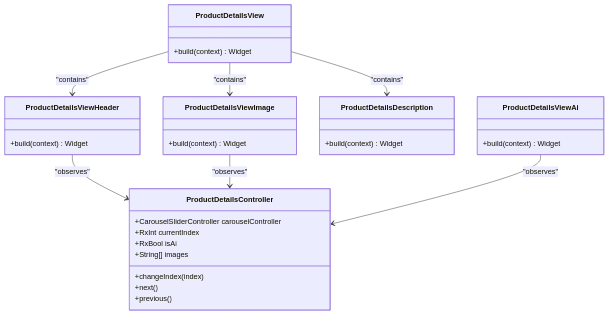
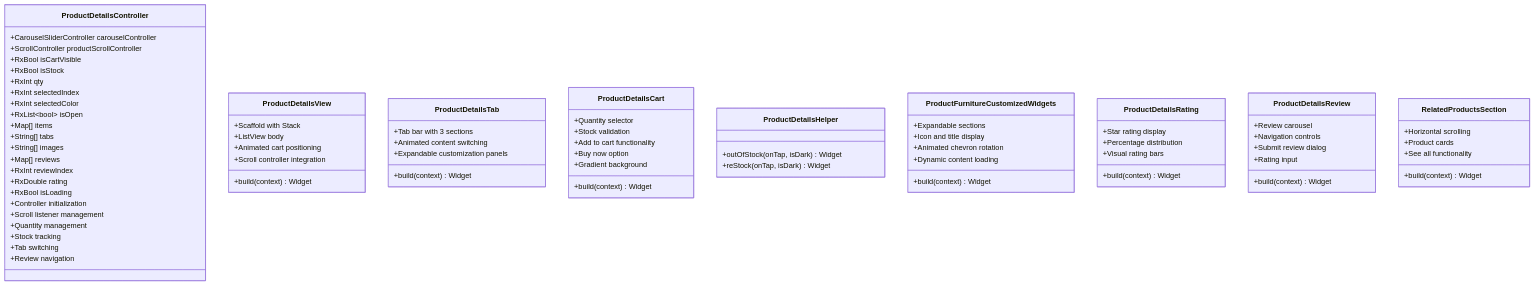
One commit to Ariful3111/FurniGo changed the second of 6 diagrams in .qoder/repowiki/en/content/Core Features/E-commerce Platform/Product Details and Information.md. Above: the diagram before and after it, drawn with Mermaid. The commit also changed other lines of this file and 11 other files, not shown here.

````diff
--- a/.qoder/repowiki/en/content/Core Features/E-commerce Platform/Product Details and Information.md
+++ b/.qoder/repowiki/en/content/Core Features/E-commerce Platform/Product Details and Information.md
@@ -119,33 +153,77 @@
 ```mermaid
 classDiagram
 class ProductDetailsController {
 +CarouselSliderController carouselController
-+RxInt currentIndex
-+RxBool isAi
++ScrollController productScrollController
++RxBool isCartVisible
++RxBool isStock
++RxInt qty
++RxInt selectedIndex
++RxInt selectedColor
++RxList~bool~ isOpen
++Map[] items
++String[] tabs
 +String[] images
-+changeIndex(index)
-+next()
-+previous()
++Map[] reviews
++RxInt reviewIndex
++RxDouble rating
++RxBool isLoading
++Controller initialization
++Scroll listener management
++Quantity management
++Stock tracking
++Tab switching
++Review navigation
 }
 class ProductDetailsView {
 +build(context) Widget
++Scaffold with Stack
++ListView body
++Animated cart positioning
++Scroll controller integration
 }
-class ProductDetailsViewHeader {
+class ProductDetailsTab {
 +build(context) Widget
++Tab bar with 3 sections
++Animated content switching
++Expandable customization panels
 }
-class ProductDetailsViewImage {
+class ProductDetailsCart {
 +build(context) Widget
++Quantity selector
++Stock validation
++Add to cart functionality
++Buy now option
++Gradient background
 }
-class ProductDetailsDescription {
+class ProductDetailsHelper {
++outOfStock(onTap, isDark) Widget
++reStock(onTap, isDark) Widget
+}
+class ProductFurnitureCustomizedWidgets {
 +build(context) Widget
++Expandable sections
++Icon and title display
++Animated chevron rotation
++Dynamic content loading
 }
-class ProductDetailsViewAi {
+class ProductDetailsRating {
 +build(context) Widget
++Star rating display
++Percentage distribution
++Visual rating bars
 }
-ProductDetailsView --> ProductDetailsViewHeader : "contains"
-ProductDetailsView --> ProductDetailsViewImage : "contains"
-ProductDetailsView --> ProductDetailsDescription : "contains"
-ProductDetailsViewHeader --> ProductDetailsController : "observes"
-ProductDetailsViewImage --> ProductDetailsController : "observes"
-ProductDetailsViewAi --> ProductDetailsController : "observes"
+class ProductDetailsReview {
++build(context) Widget
++Review carousel
++Navigation controls
++Submit review dialog
++Rating input
+}
+class RelatedProductsSection {
++build(context) Widget
++Horizontal scrolling
++Product cards
++See all functionality
+}
 ```
````
